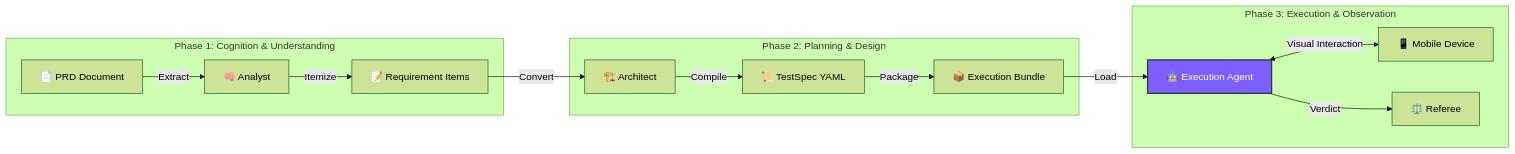
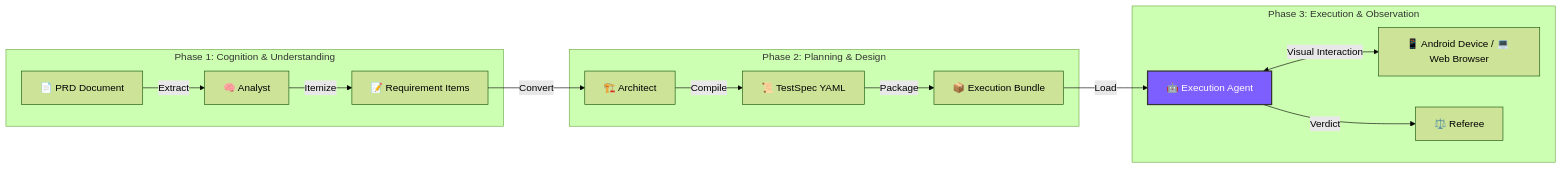
Before and after one commit to Yell0wMe/TesterAgent: the diagram in README.en.md, drawn with Mermaid (forest theme). The commit also changed other lines of this file and 4 other files, not shown here.

````diff
--- a/README.en.md
+++ b/README.en.md
@@ -63,21 +67,21 @@
 ```mermaid
 graph LR
     subgraph "Phase 1: Cognition & Understanding"
     Doc[📄 PRD Document] -->|Extract| Miner[🧠 Analyst]
     Miner -->|Itemize| Reqs[📝 Requirement Items]
     end
 
     subgraph "Phase 2: Planning & Design"
     Reqs -->|Convert| Synthesizer[🏗️ Architect]
     Synthesizer -->|Compile| Spec[📜 TestSpec YAML]
     Spec -->|Package| Bundle[📦 Execution Bundle]
     end
 
     subgraph "Phase 3: Execution & Observation"
     Bundle -->|Load| Runner[🤖 Execution Agent]
-    Runner <-->|Visual Interaction| Phone[📱 Mobile Device]
+    Runner <-->|Visual Interaction| Device[📱 Android Device / 💻 Web Browser]
     Runner -->|Verdict| Judge[⚖️ Referee]
     end
 
     style Runner fill:#7d5fff,stroke:#333,stroke-width:2px,color:white
 ```
````
